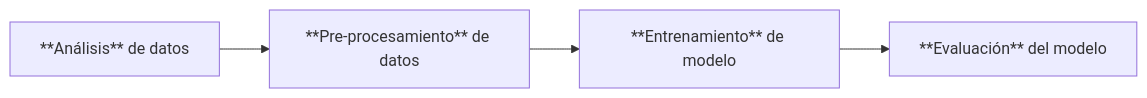
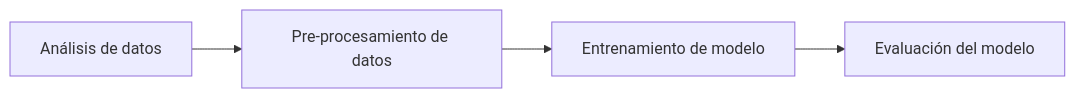
Before and after one commit to MrtC101/ia-2-uncuyo-2023: the diagram in doc/Informe.md, drawn with Mermaid. The commit also changed other lines of this file and 11 other files, not shown here.

````diff
--- a/doc/Informe.md
+++ b/doc/Informe.md
@@ -75,10 +107,10 @@
 ```mermaid
 flowchart LR;
-      A[**Análisis** de datos];
-      B[**Pre-procesamiento** de datos];
-      C[**Entrenamiento** de modelo];
-      D[**Evaluación** del modelo];
+      A[Análisis de datos];
+      B[Pre-procesamiento de datos];
+      C[Entrenamiento de modelo];
+      D[Evaluación del modelo];
       A-->B;
       B-->C;
       C-->D;
 ```
````
